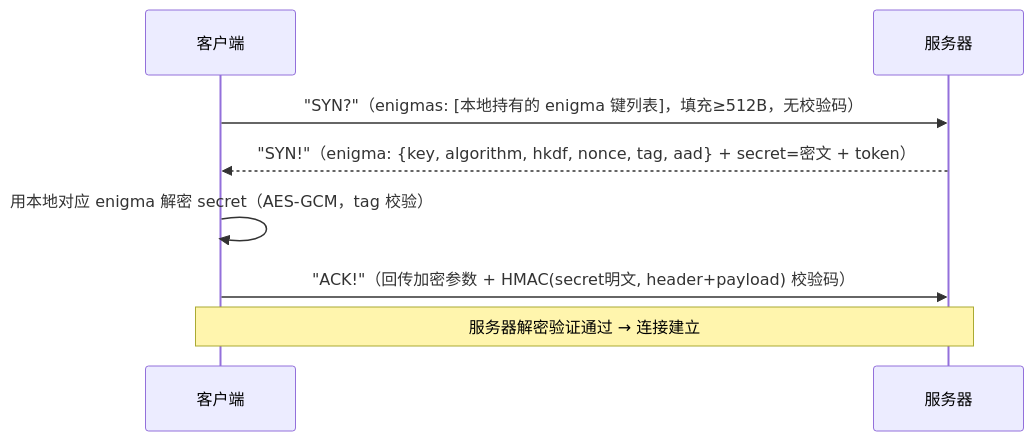
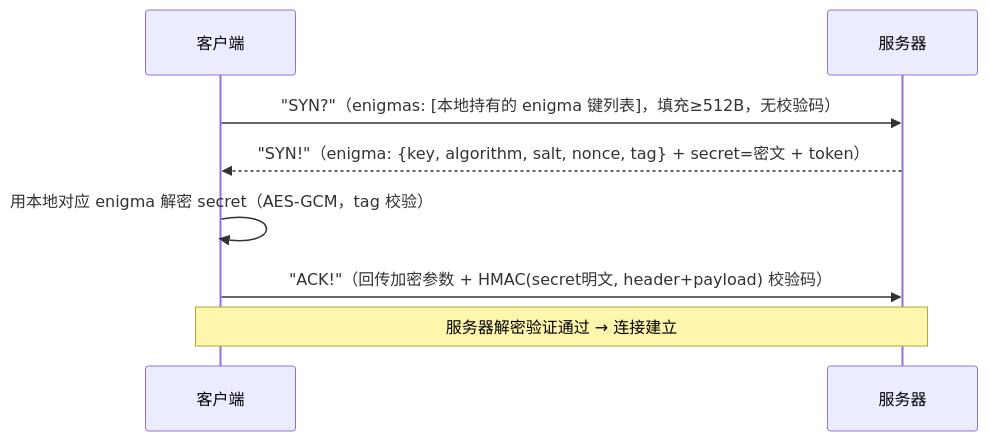
One commit to moky/magpie changed the third of 4 diagrams in docs/client.md. Above: the diagram before and after it, drawn with Mermaid. The commit also changed 18 other files, not shown here.

````diff
--- a/docs/client.md
+++ b/docs/client.md
@@ -164,11 +164,11 @@
 ```mermaid
 sequenceDiagram
     participant C as 客户端
     participant S as 服务器
 
     C->>S: "SYN?"（enigmas: [本地持有的 enigma 键列表]，填充≥512B，无校验码）
-    S-->>C: "SYN!"（enigma: {key, algorithm, hkdf, nonce, tag, aad} + secret=密文 + token）
+    S-->>C: "SYN!"（enigma: {key, algorithm, salt, nonce, tag} + secret=密文 + token）
     C->>C: 用本地对应 enigma 解密 secret（AES-GCM，tag 校验）
     C->>S: "ACK!"（回传加密参数 + HMAC(secret明文, header+payload) 校验码）
     Note over C,S: 服务器解密验证通过 → 连接建立
 ```
````
